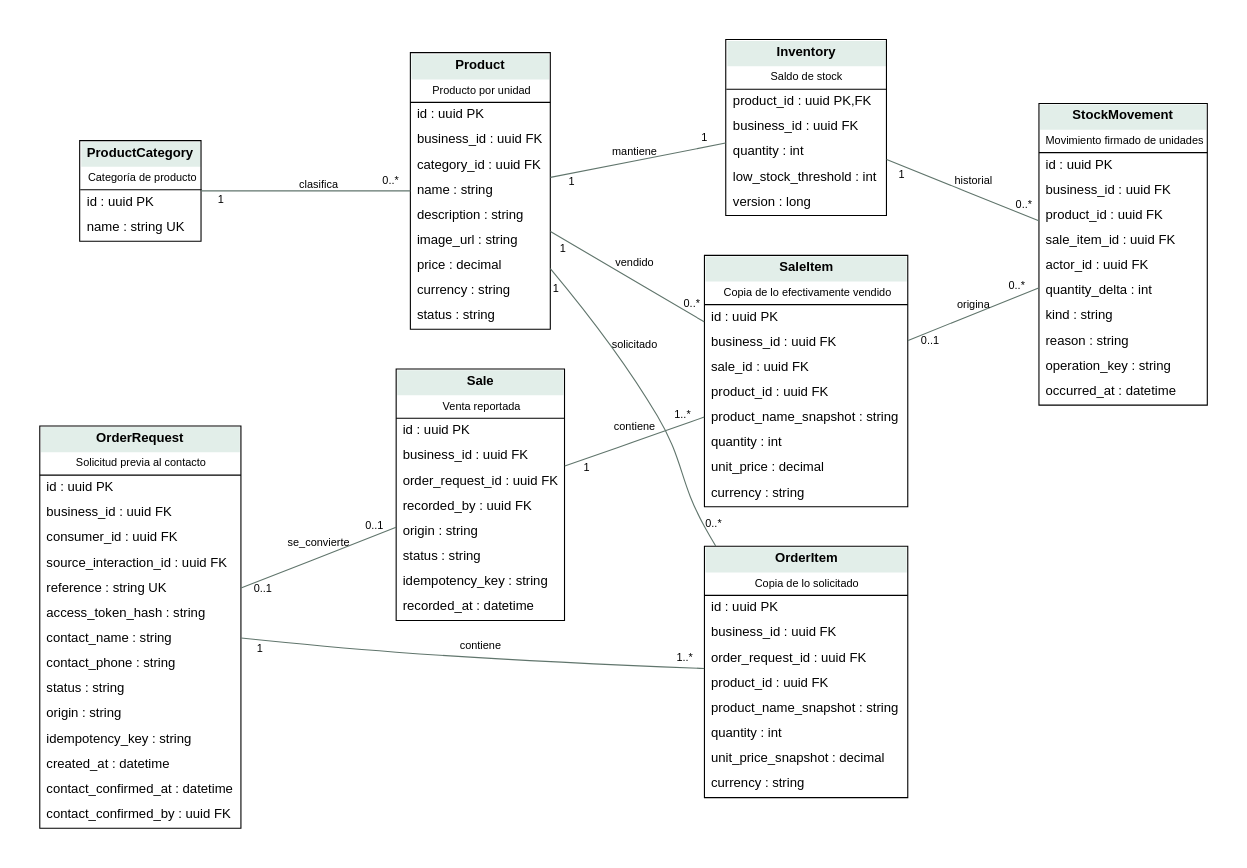
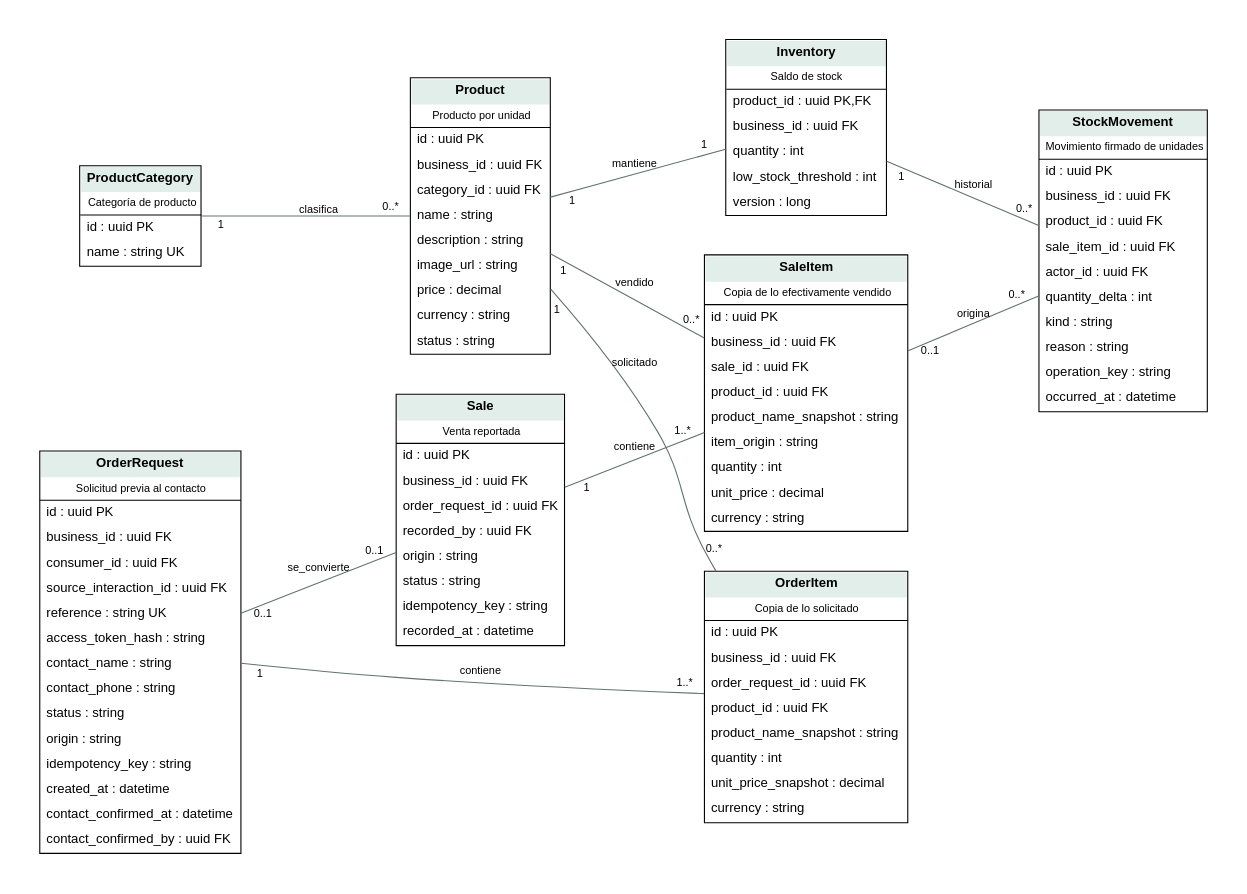
One commit to agustinlopez23/tesis changed the diagram in Doc/model/figures/ER-02-comercio.dot. Above: the diagram before and after it, drawn with Graphviz. The commit also changed 44 other files, not shown here.

```diff
--- a/Doc/model/figures/ER-02-comercio.dot
+++ b/Doc/model/figures/ER-02-comercio.dot
@@ -1,16 +1,16 @@
 digraph G { graph [rankdir=LR,bgcolor="white",pad=0.4,nodesep=0.5,ranksep=1.2]; node [shape=plain,fontname="Arial",fontsize=12]; edge [fontname="Arial",fontsize=10,color="#60756c"]; ProductCategory [label=<<TABLE BORDER="1" CELLBORDER="0" CELLSPACING="0" CELLPADDING="5"><TR><TD BGCOLOR="#e2eee9"><B>ProductCategory</B></TD></TR><TR><TD><FONT POINT-SIZE="10">Categoría de producto</FONT></TD></TR><HR/><TR><TD ALIGN="LEFT">id : uuid PK</TD></TR><TR><TD ALIGN="LEFT">name : string UK</TD></TR></TABLE>>];
 Product [label=<<TABLE BORDER="1" CELLBORDER="0" CELLSPACING="0" CELLPADDING="5"><TR><TD BGCOLOR="#e2eee9"><B>Product</B></TD></TR><TR><TD><FONT POINT-SIZE="10">Producto por unidad</FONT></TD></TR><HR/><TR><TD ALIGN="LEFT">id : uuid PK</TD></TR><TR><TD ALIGN="LEFT">business_id : uuid FK</TD></TR><TR><TD ALIGN="LEFT">category_id : uuid FK</TD></TR><TR><TD ALIGN="LEFT">name : string </TD></TR><TR><TD ALIGN="LEFT">description : string </TD></TR><TR><TD ALIGN="LEFT">image_url : string </TD></TR><TR><TD ALIGN="LEFT">price : decimal </TD></TR><TR><TD ALIGN="LEFT">currency : string </TD></TR><TR><TD ALIGN="LEFT">status : string </TD></TR></TABLE>>];
 Inventory [label=<<TABLE BORDER="1" CELLBORDER="0" CELLSPACING="0" CELLPADDING="5"><TR><TD BGCOLOR="#e2eee9"><B>Inventory</B></TD></TR><TR><TD><FONT POINT-SIZE="10">Saldo de stock</FONT></TD></TR><HR/><TR><TD ALIGN="LEFT">product_id : uuid PK,FK</TD></TR><TR><TD ALIGN="LEFT">business_id : uuid FK</TD></TR><TR><TD ALIGN="LEFT">quantity : int </TD></TR><TR><TD ALIGN="LEFT">low_stock_threshold : int </TD></TR><TR><TD ALIGN="LEFT">version : long </TD></TR></TABLE>>];
 OrderRequest [label=<<TABLE BORDER="1" CELLBORDER="0" CELLSPACING="0" CELLPADDING="5"><TR><TD BGCOLOR="#e2eee9"><B>OrderRequest</B></TD></TR><TR><TD><FONT POINT-SIZE="10">Solicitud previa al contacto</FONT></TD></TR><HR/><TR><TD ALIGN="LEFT">id : uuid PK</TD></TR><TR><TD ALIGN="LEFT">business_id : uuid FK</TD></TR><TR><TD ALIGN="LEFT">consumer_id : uuid FK</TD></TR><TR><TD ALIGN="LEFT">source_interaction_id : uuid FK</TD></TR><TR><TD ALIGN="LEFT">reference : string UK</TD></TR><TR><TD ALIGN="LEFT">access_token_hash : string </TD></TR><TR><TD ALIGN="LEFT">contact_name : string </TD></TR><TR><TD ALIGN="LEFT">contact_phone : string </TD></TR><TR><TD ALIGN="LEFT">status : string </TD></TR><TR><TD ALIGN="LEFT">origin : string </TD></TR><TR><TD ALIGN="LEFT">idempotency_key : string </TD></TR><TR><TD ALIGN="LEFT">created_at : datetime </TD></TR><TR><TD ALIGN="LEFT">contact_confirmed_at : datetime </TD></TR><TR><TD ALIGN="LEFT">contact_confirmed_by : uuid FK</TD></TR></TABLE>>];
 OrderItem [label=<<TABLE BORDER="1" CELLBORDER="0" CELLSPACING="0" CELLPADDING="5"><TR><TD BGCOLOR="#e2eee9"><B>OrderItem</B></TD></TR><TR><TD><FONT POINT-SIZE="10">Copia de lo solicitado</FONT></TD></TR><HR/><TR><TD ALIGN="LEFT">id : uuid PK</TD></TR><TR><TD ALIGN="LEFT">business_id : uuid FK</TD></TR><TR><TD ALIGN="LEFT">order_request_id : uuid FK</TD></TR><TR><TD ALIGN="LEFT">product_id : uuid FK</TD></TR><TR><TD ALIGN="LEFT">product_name_snapshot : string </TD></TR><TR><TD ALIGN="LEFT">quantity : int </TD></TR><TR><TD ALIGN="LEFT">unit_price_snapshot : decimal </TD></TR><TR><TD ALIGN="LEFT">currency : string </TD></TR></TABLE>>];
 Sale [label=<<TABLE BORDER="1" CELLBORDER="0" CELLSPACING="0" CELLPADDING="5"><TR><TD BGCOLOR="#e2eee9"><B>Sale</B></TD></TR><TR><TD><FONT POINT-SIZE="10">Venta reportada</FONT></TD></TR><HR/><TR><TD ALIGN="LEFT">id : uuid PK</TD></TR><TR><TD ALIGN="LEFT">business_id : uuid FK</TD></TR><TR><TD ALIGN="LEFT">order_request_id : uuid FK</TD></TR><TR><TD ALIGN="LEFT">recorded_by : uuid FK</TD></TR><TR><TD ALIGN="LEFT">origin : string </TD></TR><TR><TD ALIGN="LEFT">status : string </TD></TR><TR><TD ALIGN="LEFT">idempotency_key : string </TD></TR><TR><TD ALIGN="LEFT">recorded_at : datetime </TD></TR></TABLE>>];
-SaleItem [label=<<TABLE BORDER="1" CELLBORDER="0" CELLSPACING="0" CELLPADDING="5"><TR><TD BGCOLOR="#e2eee9"><B>SaleItem</B></TD></TR><TR><TD><FONT POINT-SIZE="10">Copia de lo efectivamente vendido</FONT></TD></TR><HR/><TR><TD ALIGN="LEFT">id : uuid PK</TD></TR><TR><TD ALIGN="LEFT">business_id : uuid FK</TD></TR><TR><TD ALIGN="LEFT">sale_id : uuid FK</TD></TR><TR><TD ALIGN="LEFT">product_id : uuid FK</TD></TR><TR><TD ALIGN="LEFT">product_name_snapshot : string </TD></TR><TR><TD ALIGN="LEFT">quantity : int </TD></TR><TR><TD ALIGN="LEFT">unit_price : decimal </TD></TR><TR><TD ALIGN="LEFT">currency : string </TD></TR></TABLE>>];
+SaleItem [label=<<TABLE BORDER="1" CELLBORDER="0" CELLSPACING="0" CELLPADDING="5"><TR><TD BGCOLOR="#e2eee9"><B>SaleItem</B></TD></TR><TR><TD><FONT POINT-SIZE="10">Copia de lo efectivamente vendido</FONT></TD></TR><HR/><TR><TD ALIGN="LEFT">id : uuid PK</TD></TR><TR><TD ALIGN="LEFT">business_id : uuid FK</TD></TR><TR><TD ALIGN="LEFT">sale_id : uuid FK</TD></TR><TR><TD ALIGN="LEFT">product_id : uuid FK</TD></TR><TR><TD ALIGN="LEFT">product_name_snapshot : string </TD></TR><TR><TD ALIGN="LEFT">item_origin : string </TD></TR><TR><TD ALIGN="LEFT">quantity : int </TD></TR><TR><TD ALIGN="LEFT">unit_price : decimal </TD></TR><TR><TD ALIGN="LEFT">currency : string </TD></TR></TABLE>>];
 StockMovement [label=<<TABLE BORDER="1" CELLBORDER="0" CELLSPACING="0" CELLPADDING="5"><TR><TD BGCOLOR="#e2eee9"><B>StockMovement</B></TD></TR><TR><TD><FONT POINT-SIZE="10">Movimiento firmado de unidades</FONT></TD></TR><HR/><TR><TD ALIGN="LEFT">id : uuid PK</TD></TR><TR><TD ALIGN="LEFT">business_id : uuid FK</TD></TR><TR><TD ALIGN="LEFT">product_id : uuid FK</TD></TR><TR><TD ALIGN="LEFT">sale_item_id : uuid FK</TD></TR><TR><TD ALIGN="LEFT">actor_id : uuid FK</TD></TR><TR><TD ALIGN="LEFT">quantity_delta : int </TD></TR><TR><TD ALIGN="LEFT">kind : string </TD></TR><TR><TD ALIGN="LEFT">reason : string </TD></TR><TR><TD ALIGN="LEFT">operation_key : string </TD></TR><TR><TD ALIGN="LEFT">occurred_at : datetime </TD></TR></TABLE>>]; ProductCategory -> Product [dir=none,taillabel="1",headlabel="0..*",label="clasifica",labeldistance=2];
 Product -> Inventory [dir=none,taillabel="1",headlabel="1",label="mantiene",labeldistance=2];
 OrderRequest -> OrderItem [dir=none,taillabel="1",headlabel="1..*",label="contiene",labeldistance=2];
 Product -> OrderItem [dir=none,taillabel="1",headlabel="0..*",label="solicitado",labeldistance=2];
 OrderRequest -> Sale [dir=none,taillabel="0..1",headlabel="0..1",label="se_convierte",labeldistance=2];
 Sale -> SaleItem [dir=none,taillabel="1",headlabel="1..*",label="contiene",labeldistance=2];
 Product -> SaleItem [dir=none,taillabel="1",headlabel="0..*",label="vendido",labeldistance=2];
 Inventory -> StockMovement [dir=none,taillabel="1",headlabel="0..*",label="historial",labeldistance=2];
 SaleItem -> StockMovement [dir=none,taillabel="0..1",headlabel="0..*",label="origina",labeldistance=2]; }
```
